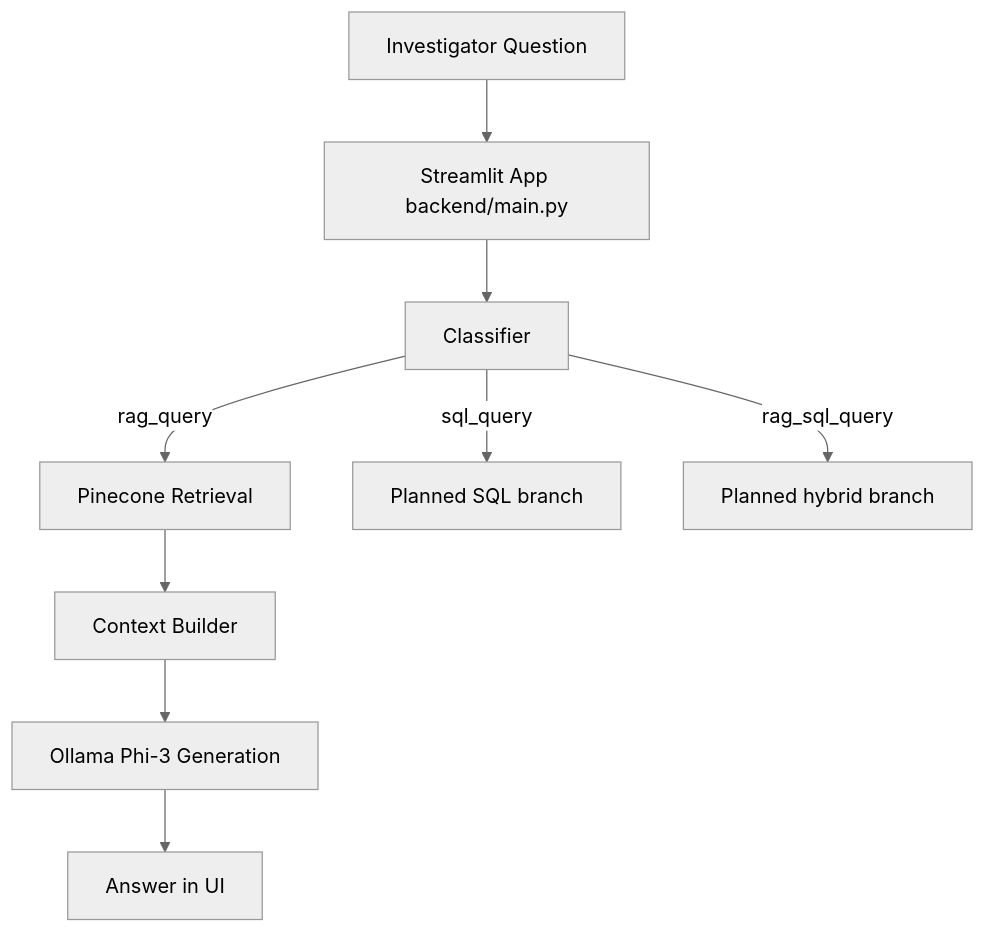
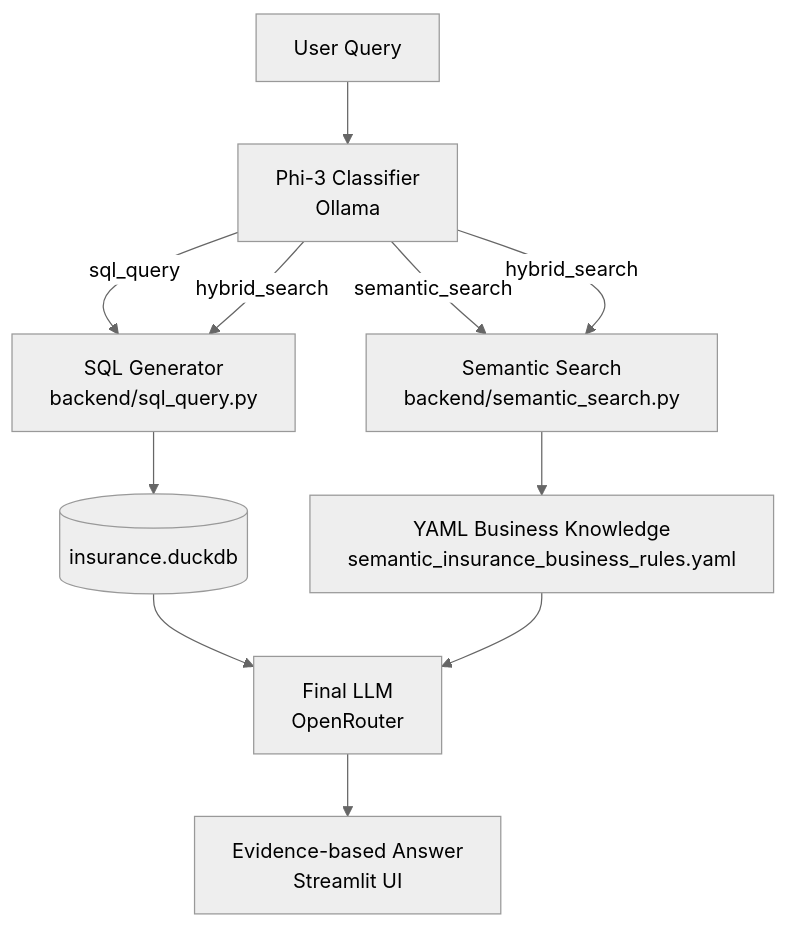
One commit to Aman-nit/Cognexa changed the first of 2 diagrams in README.md. Above: the diagram before and after it, drawn with Mermaid (neutral theme). The commit also changed other lines of this file and 14 other files, not shown here.

````diff
--- a/README.md
+++ b/README.md
@@ -35,11 +51,13 @@
 ```mermaid
 flowchart TD
-              A[Investigator Question] --> B[Streamlit App backend/main.py]
-              B --> C[Classifier]
-              C -->|rag_query| D[Pinecone Retrieval]
-              D --> E[Context Builder]
-              E --> F[Ollama Phi-3 Generation]
-              F --> G[Answer in UI]
-              C -->|sql_query| H[Planned SQL branch]
-              C -->|rag_sql_query| I[Planned hybrid branch]
+    A[User Query] --> B[Phi-3 Classifier<br/>Ollama]
+    B -->|sql_query| C[SQL Generator<br/>backend/sql_query.py]
+    B -->|semantic_search| D[Semantic Search<br/>backend/semantic_search.py]
+    B -->|hybrid_search| C
+    B -->|hybrid_search| D
+    C --> E[(insurance.duckdb)]
+    D --> F[YAML Business Knowledge<br/>semantic_insurance_business_rules.yaml]
+    E --> G[Final LLM<br/>OpenRouter]
+    F --> G
+    G --> H[Evidence-based Answer<br/>Streamlit UI]
 ```
````
